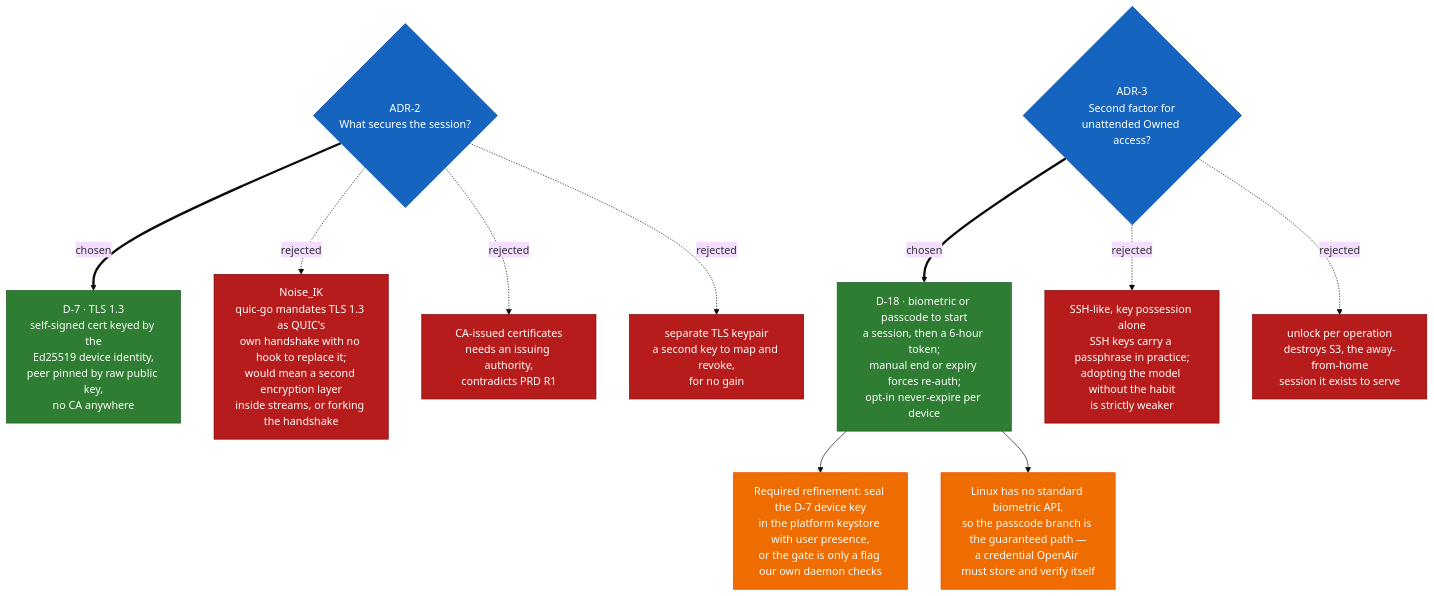
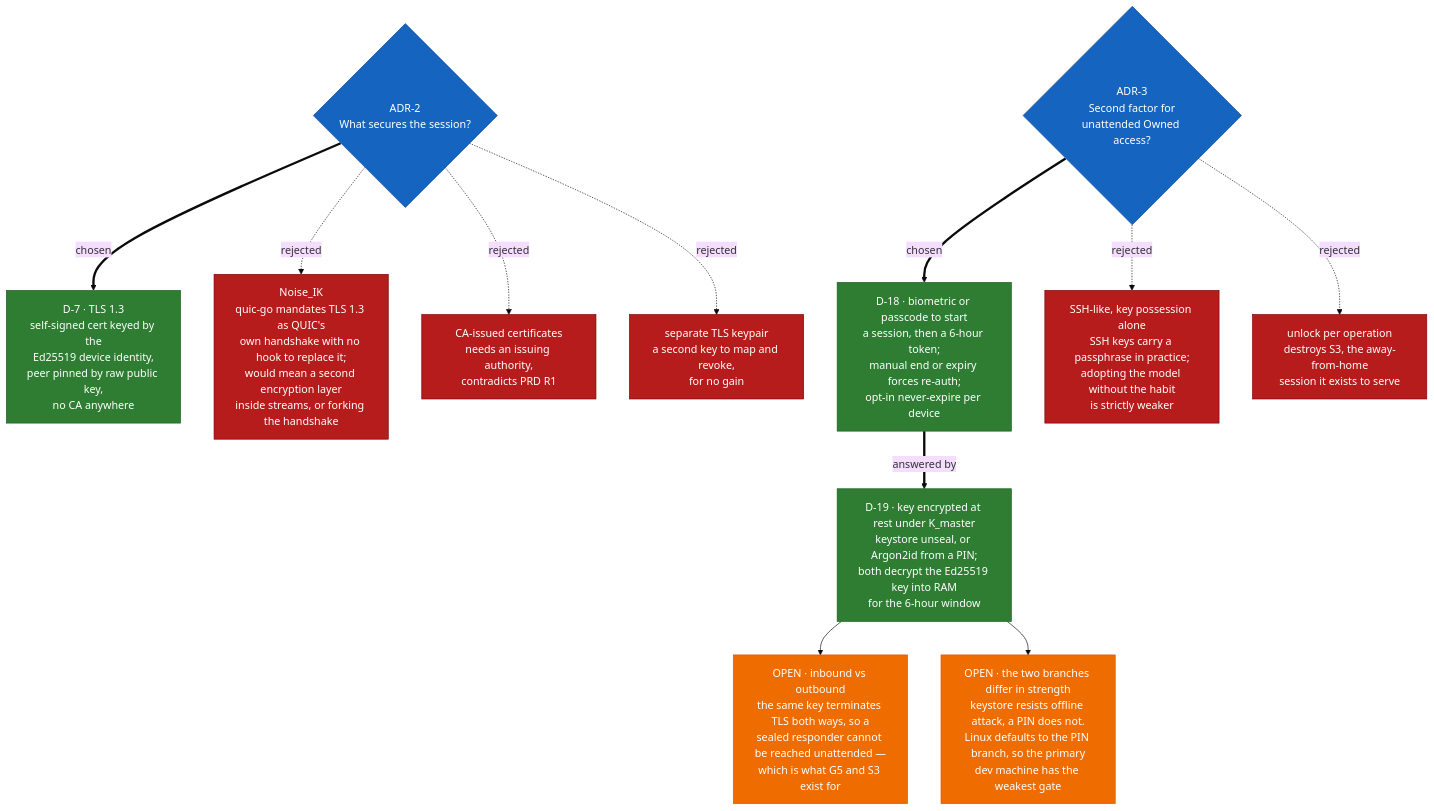
One commit to shreyashsri79/OpenAir changed the second of 4 diagrams in docs/decision-tree.md. Above: the diagram before and after it, drawn with Mermaid (base theme). The commit also changed other lines of this file and 1 other file, not shown here.

````diff
--- a/docs/decision-tree.md
+++ b/docs/decision-tree.md
@@ -65,20 +66,21 @@
 ```mermaid
 flowchart TD
     Q3{"ADR-2<br/>What secures the session?"}:::question
     Q3 ==chosen==> D7["D-7 · TLS 1.3<br/>self-signed cert keyed by the<br/>Ed25519 device identity,<br/>peer pinned by raw public key,<br/>no CA anywhere"]:::accepted
     Q3 -.rejected.-> R3A["Noise_IK<br/>quic-go mandates TLS 1.3 as QUIC's<br/>own handshake with no hook to replace it;<br/>would mean a second encryption layer<br/>inside streams, or forking the handshake"]:::rejected
     Q3 -.rejected.-> R3B["CA-issued certificates<br/>needs an issuing authority,<br/>contradicts PRD R1"]:::rejected
     Q3 -.rejected.-> R3C["separate TLS keypair<br/>a second key to map and revoke,<br/>for no gain"]:::rejected
 
     Q4{"ADR-3<br/>Second factor for<br/>unattended Owned access?"}:::question
     Q4 ==chosen==> D18["D-18 · biometric or passcode to start<br/>a session, then a 6-hour token;<br/>manual end or expiry forces re-auth;<br/>opt-in never-expire per device"]:::accepted
-    D18 --> SEAL["Required refinement: seal the D-7 device key<br/>in the platform keystore with user presence,<br/>or the gate is only a flag our own daemon checks"]:::open
-    D18 --> LNX["Linux has no standard biometric API,<br/>so the passcode branch is the guaranteed path —<br/>a credential OpenAir must store and verify itself"]:::open
+    D18 ==answered by==> D19["D-19 · key encrypted at rest under K_master<br/>keystore unseal, or Argon2id from a PIN;<br/>both decrypt the Ed25519 key into RAM<br/>for the 6-hour window"]:::accepted
+    D19 --> IO["OPEN · inbound vs outbound<br/>the same key terminates TLS both ways, so a<br/>sealed responder cannot be reached unattended —<br/>which is what G5 and S3 exist for"]:::open
+    D19 --> LNX["OPEN · the two branches differ in strength<br/>keystore resists offline attack, a PIN does not.<br/>Linux defaults to the PIN branch, so the primary<br/>dev machine has the weakest gate"]:::open
     Q4 -.rejected.-> R4A["SSH-like, key possession alone<br/>SSH keys carry a passphrase in practice;<br/>adopting the model without the habit<br/>is strictly weaker"]:::rejected
     Q4 -.rejected.-> R4B["unlock per operation<br/>destroys S3, the away-from-home<br/>session it exists to serve"]:::rejected
 
     classDef question fill:#1565c0,color:#fff,stroke:#0d47a1
     classDef accepted fill:#2e7d32,color:#fff,stroke:#1b5e20
     classDef rejected fill:#b71c1c,color:#fff,stroke:#7f0000
     classDef open fill:#ef6c00,color:#fff,stroke:#e65100
 ```
````
